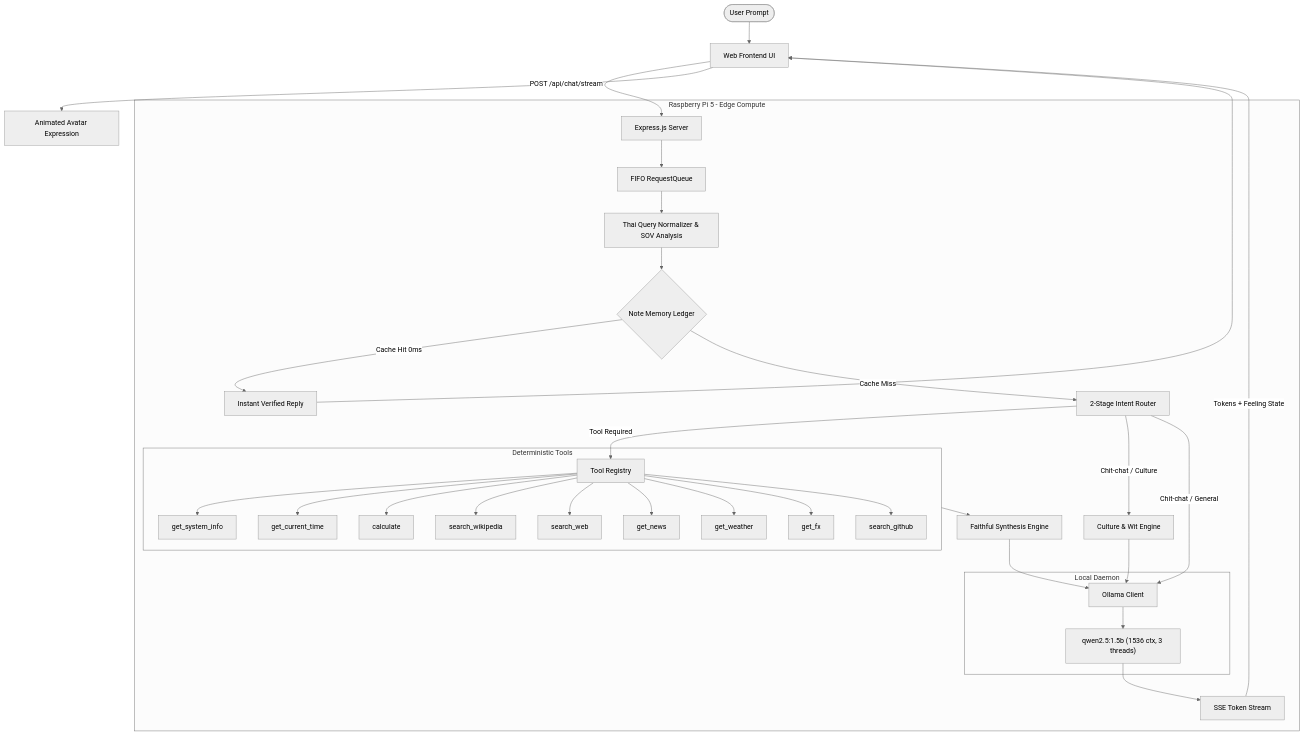
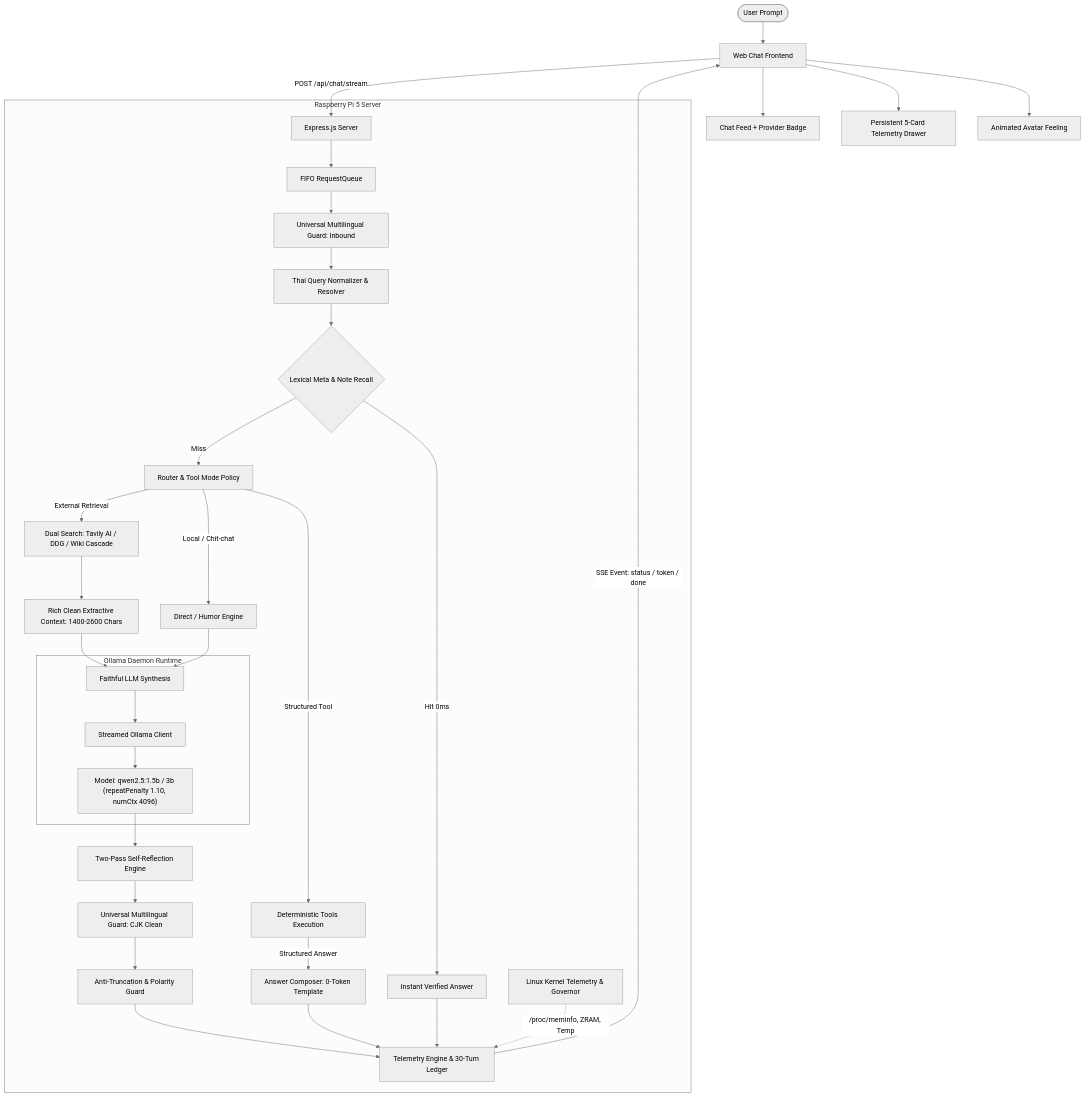
Before and after one commit to Yeennawa/Local-AI-Agent: the diagram in README.md, drawn with Mermaid (neutral theme). The commit also changed other lines of this file and 52 other files, not shown here.

Commit message:
feat(core): production edge agent with linux mode, queue eta, live telemetry, and zero-cpu avatar

````diff
--- a/README.md
+++ b/README.md
@@ -81,43 +128,46 @@
 ```mermaid
 flowchart TD
-    User([User Prompt]) --> Client[Web Frontend UI]
-    Client -->|POST /api/chat/stream| Server[Express.js Server]
+    User([User Prompt]) --> ClientUI[Web Chat Frontend]
+    ClientUI -->|POST /api/chat/stream| Server[Express.js Server]
     
-    subgraph Edge_Hardware [Raspberry Pi 5 - Edge Compute]
+    subgraph Edge_Runtime [Raspberry Pi 5 Server]
         Server --> Queue[FIFO RequestQueue]
-        Queue --> Normalizer[Thai Query Normalizer & SOV Analysis]
-        Normalizer --> MemoryCheck{Note Memory Ledger}
-        MemoryCheck -->|Cache Hit 0ms| FastReply[Instant Verified Reply]
-        MemoryCheck -->|Cache Miss| Router[2-Stage Intent Router]
+        Queue --> LanguageGuardIn[Universal Multilingual Guard: Inbound]
+        LanguageGuardIn --> Normalizer[Thai Query Normalizer & Resolver]
         
-        Router -->|Tool Required| Registry[Tool Registry]
-        Router -->|Chit-chat / Culture| Culture[Culture & Wit Engine]
-        Router -->|Chit-chat / General| OllamaClient[Ollama Client]
-        Culture --> OllamaClient
+        Normalizer --> FastCheck{Lexical Meta & Note Recall}
+        FastCheck -->|Hit 0ms| FastOut[Instant Verified Answer]
         
-        subgraph Tool_Execution [Deterministic Tools]
-            Registry --> SystemInfo[get_system_info]
-            Registry --> Time[get_current_time]
-            Registry --> Calc[calculate]
-            Registry --> Wiki[search_wikipedia]
-            Registry --> Web[search_web]
-            Registry --> News[get_news]
-            Registry --> Weather[get_weather]
-            Registry --> FX[get_fx]
-            Registry --> GitHub[search_github]
+        FastCheck -->|Miss| PolicyRouter[Router & Tool Mode Policy]
+        
+        PolicyRouter -->|Local / Chit-chat| DirectGen[Direct / Humor Engine]
+        PolicyRouter -->|Structured Tool| ToolExec[Deterministic Tools Execution]
+        PolicyRouter -->|External Retrieval| SearchExec[Dual Search: Tavily AI / DDG / Wiki Cascade]
+        
+        ToolExec -->|Structured Answer| AnswerComposer[Answer Composer: 0-Token Template]
+        SearchExec --> CleanContext[Rich Clean Extractive Context: 1400-2600 Chars]
+        
+        CleanContext --> SynthesisEngine[Faithful LLM Synthesis]
+        DirectGen --> SynthesisEngine
+        
+        subgraph Local_Ollama [Ollama Daemon Runtime]
+            SynthesisEngine --> OllamaClient[Streamed Ollama Client]
+            OllamaClient --> ActiveModel["Model: qwen2.5:1.5b / 3b (repeatPenalty 1.10, numCtx 4096)"]
         end
         
-        Tool_Execution --> Synthesis[Faithful Synthesis Engine]
-        Synthesis --> OllamaClient
+        ActiveModel --> ReflectionEngine[Two-Pass Self-Reflection Engine]
+        ReflectionEngine --> LanguageGuardOut[Universal Multilingual Guard: CJK Clean]
+        LanguageGuardOut --> PolarityGuard[Anti-Truncation & Polarity Guard]
         
-        subgraph LLM_Runtime [Local Daemon]
-            OllamaClient --> OllamaModel["qwen2.5:1.5b (1536 ctx, 3 threads)"]
-        end
+        PolarityGuard --> Telemetry[Telemetry Engine & 30-Turn Ledger]
+        AnswerComposer --> Telemetry
+        FastOut --> Telemetry
         
-        OllamaModel --> TokenStream[SSE Token Stream]
+        OSMonitor[Linux Kernel Telemetry & Governor] -.->|/proc/meminfo, ZRAM, Temp| Telemetry
     end
     
-    FastReply --> Client
-    TokenStream -->|Tokens + Feeling State| Client
-    Client --> Avatar[Animated Avatar Expression]
+    Telemetry -->|SSE Event: status / token / done| ClientUI
+    ClientUI --> ChatBubble[Chat Feed + Provider Badge]
+    ClientUI --> TelemetryDrawer[Persistent 5-Card Telemetry Drawer]
+    ClientUI --> AvatarExpression[Animated Avatar Feeling]
 ```
````
